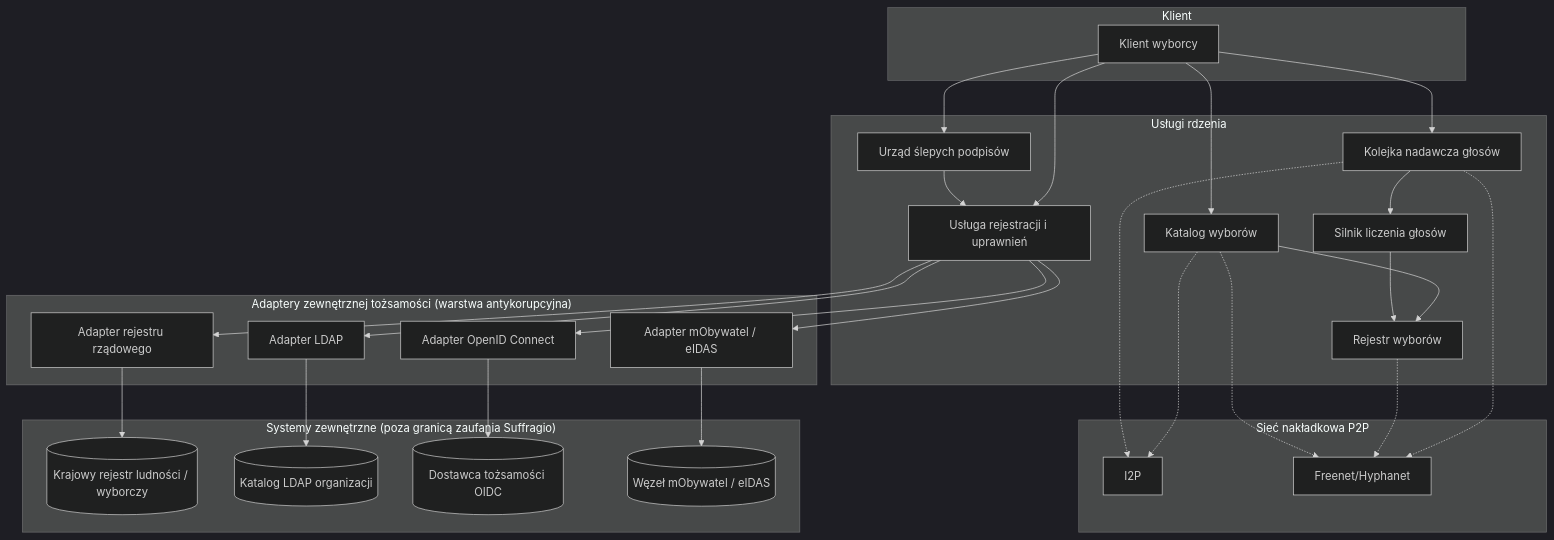
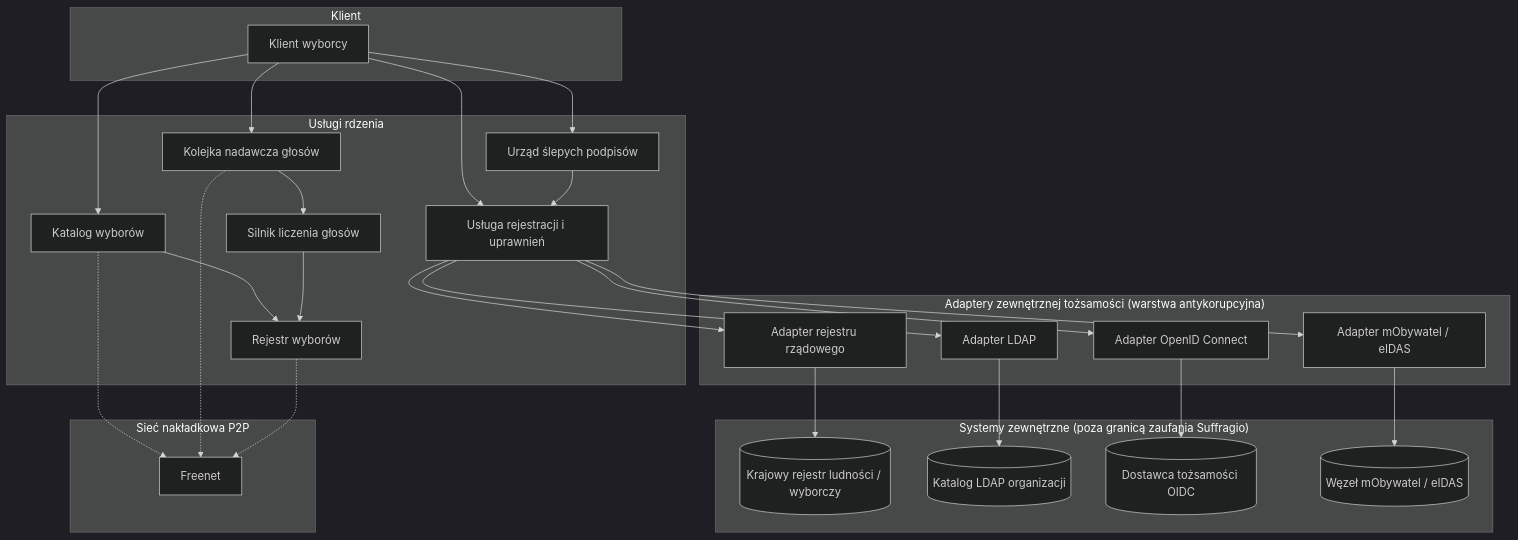
The second of 3 diagrams in src/content/docs/pl/architecture.md (Suffragio/suffragio-spec), drawn with Mermaid (dark theme) before and after one commit. The commit also changed other lines of this file and 5 other files, not shown here.

````diff
--- a/src/content/docs/pl/architecture.md
+++ b/src/content/docs/pl/architecture.md
@@ -75,56 +74,53 @@
 ```mermaid
 flowchart TB
     subgraph Client["Klient"]
         VC["Klient wyborcy"]
     end
 
     subgraph Core["Usługi rdzenia"]
         Catalog["Katalog wyborów"]
         Registry["Rejestr wyborów"]
         RegSvc["Usługa rejestracji i uprawnień"]
         BSA["Urząd ślepych podpisów"]
         Queue["Kolejka nadawcza głosów"]
         Tally["Silnik liczenia głosów"]
     end
 
     subgraph Adapters["Adaptery zewnętrznej tożsamości (warstwa antykorupcyjna)"]
         GovAdapter["Adapter rejestru rządowego"]
         LDAPAdapter["Adapter LDAP"]
         OIDCAdapter["Adapter OpenID Connect"]
         EidAdapter["Adapter mObywatel / eIDAS"]
     end
 
     subgraph External["Systemy zewnętrzne (poza granicą zaufania Suffragio)"]
         GovDB[("Krajowy rejestr ludności / wyborczy")]
         LDAPDir[("Katalog LDAP organizacji")]
         OIDCProv[("Dostawca tożsamości OIDC")]
         EidNode[("Węzeł mObywatel / eIDAS")]
     end
 
     subgraph Overlay["Sieć nakładkowa P2P"]
-        I2P["I2P"]
-        Freenet["Freenet/Hyphanet"]
+        Freenet["Freenet"]
     end
 
     VC --> Catalog
     VC --> RegSvc
     VC --> BSA
     VC --> Queue
     Catalog --> Registry
     RegSvc --> GovAdapter
     RegSvc --> LDAPAdapter
     RegSvc --> OIDCAdapter
     RegSvc --> EidAdapter
     GovAdapter --> GovDB
     LDAPAdapter --> LDAPDir
     OIDCAdapter --> OIDCProv
     EidAdapter --> EidNode
     BSA --> RegSvc
     Queue --> Tally
     Tally --> Registry
-    Catalog -.-> I2P
-    Queue -.-> I2P
+    Catalog -.-> Freenet
     Queue -.-> Freenet
     Registry -.-> Freenet
-    Catalog -.-> Freenet
 ```
````
